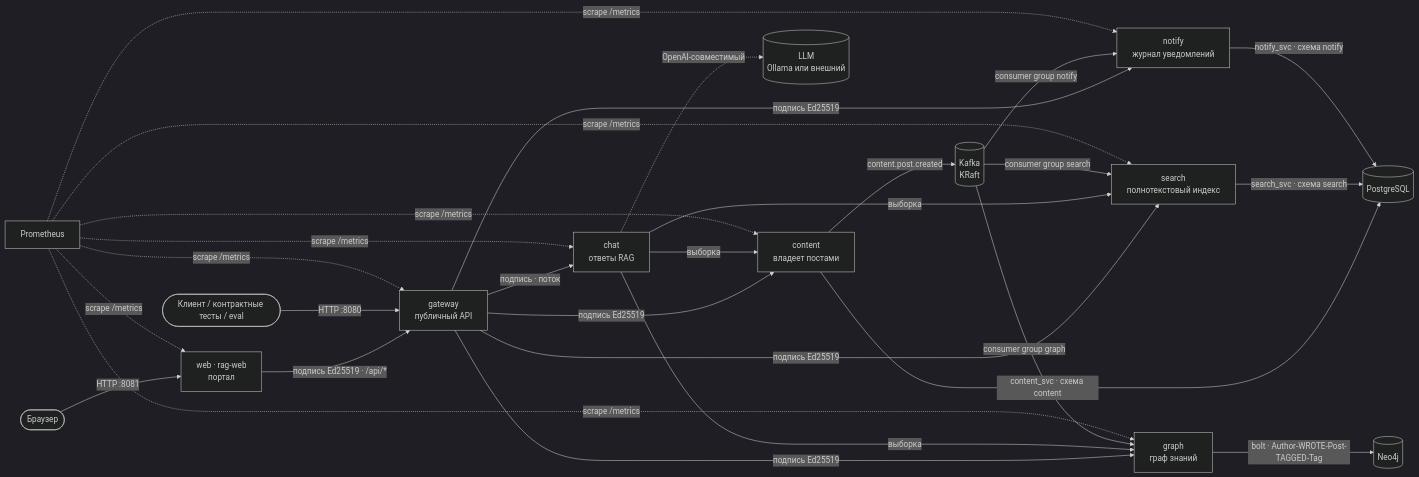
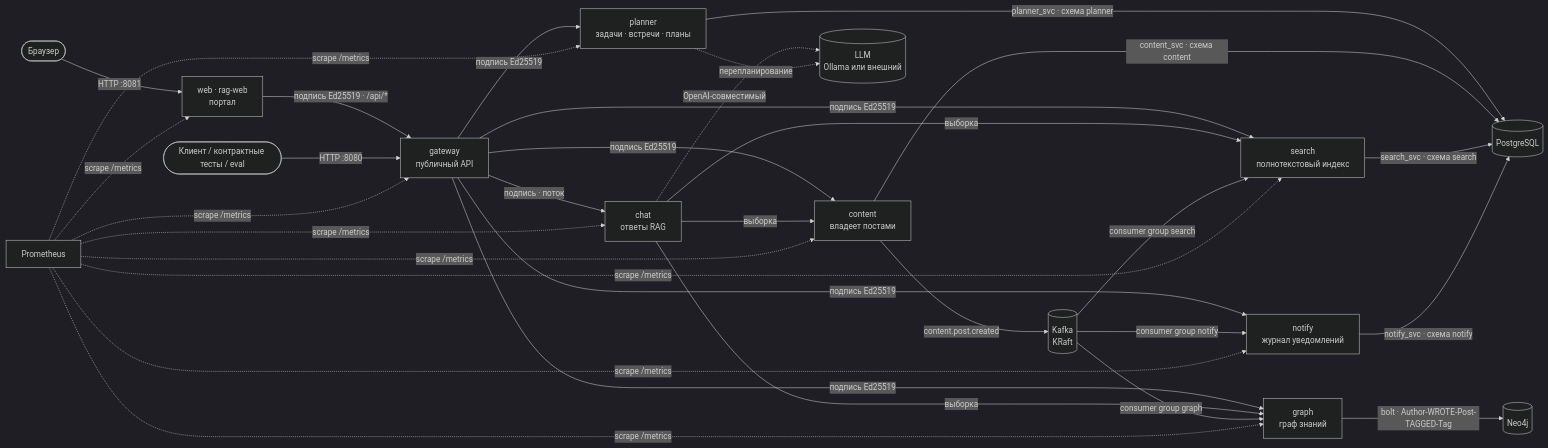
One commit to armdev/harness-template changed the fourth of 5 diagrams in docs/ru/04-architecture.md. Above: the diagram before and after it, drawn with Mermaid (dark theme). The commit also changed other lines of this file and 35 other files, not shown here.

````diff
--- a/docs/ru/04-architecture.md
+++ b/docs/ru/04-architecture.md
@@ -92,22 +92,25 @@
 ```mermaid
 flowchart LR
     browser(["Браузер"]) -->|"HTTP :8081"| web["web · rag-web<br/>портал"]
     web -->|"подпись Ed25519 · /api/*"| gw
     client(["Клиент / контрактные тесты / eval"]) -->|"HTTP :8080"| gw["gateway<br/>публичный API"]
     gw -->|"подпись Ed25519"| content["content<br/>владеет постами"]
     gw -->|"подпись Ed25519"| search["search<br/>полнотекстовый индекс"]
     gw -->|"подпись Ed25519"| notify["notify<br/>журнал уведомлений"]
     gw -->|"подпись Ed25519"| kg["graph<br/>граф знаний"]
     gw -->|"подпись · поток"| chat["chat<br/>ответы RAG"]
     chat -->|"выборка"| search & kg & content
     chat -.->|"OpenAI-совместимый"| llm[("LLM<br/>Ollama или внешний")]
+    gw -->|"подпись Ed25519"| planner["planner<br/>задачи · встречи · планы"]
+    planner -.->|"перепланирование"| llm
+    planner -->|"planner_svc · схема planner"| pg
     content -->|content.post.created| kafka[("Kafka<br/>KRaft")]
     kafka -->|"consumer group search"| search
     kafka -->|"consumer group notify"| notify
     kafka -->|"consumer group graph"| kg
     content -->|"content_svc · схема content"| pg[(PostgreSQL)]
     search -->|"search_svc · схема search"| pg
     notify -->|"notify_svc · схема notify"| pg
     kg -->|"bolt · Author-WROTE-Post-TAGGED-Tag"| neo[(Neo4j)]
-    prom[Prometheus] -.->|"scrape /metrics"| web & gw & content & search & notify & kg & chat
+    prom[Prometheus] -.->|"scrape /metrics"| web & gw & content & search & notify & kg & chat & planner
 ```
````
